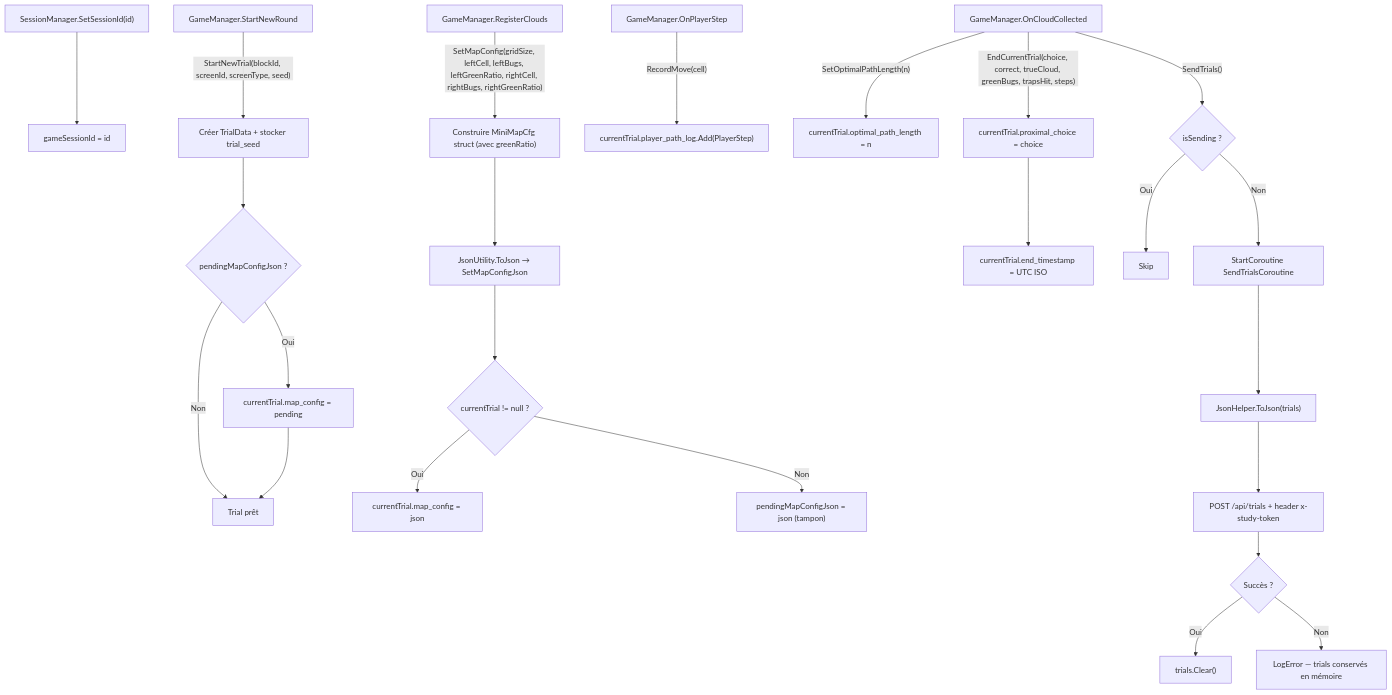
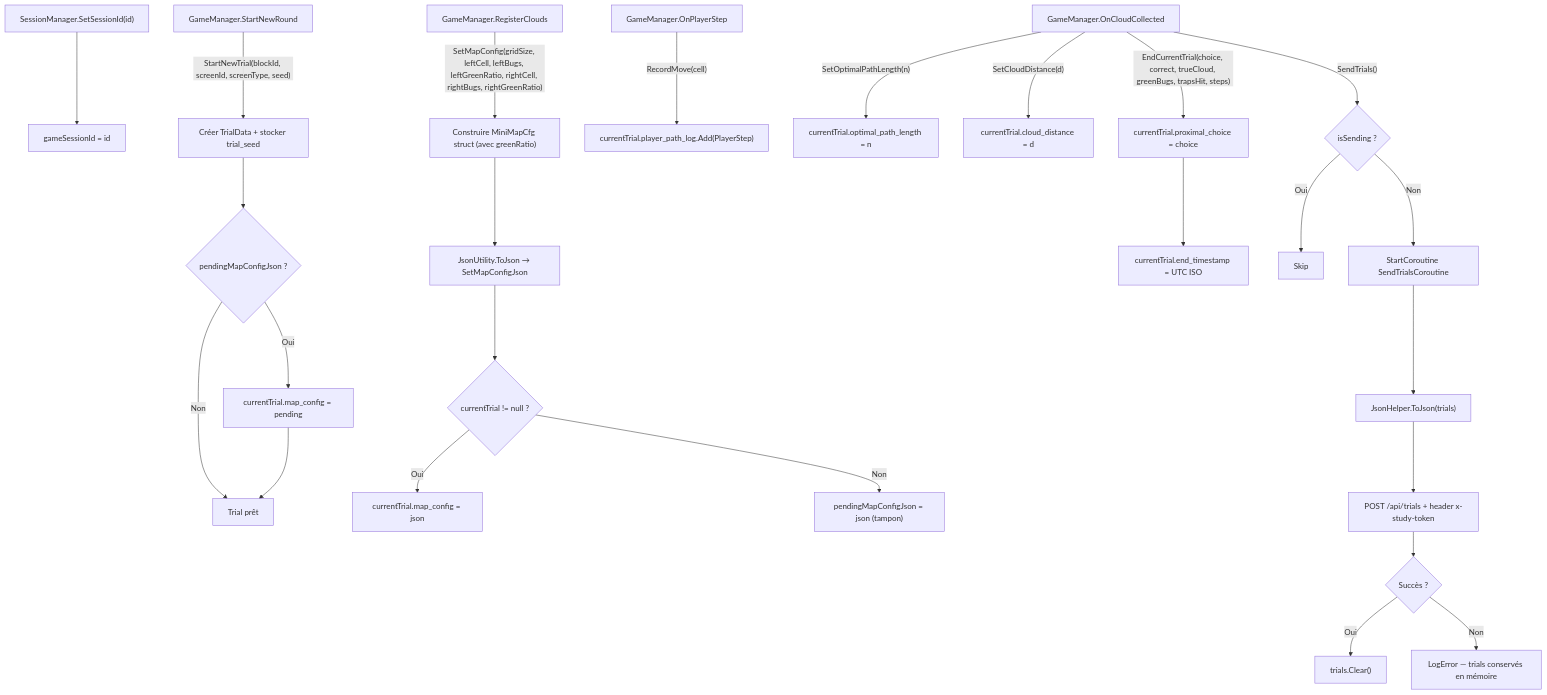
Before and after one commit to PierreChagnon/BUGS: the tenth of 13 diagrams in Docs/TDD.md, drawn with Mermaid. The commit also changed other lines of this file and 7 other files, not shown here.

````diff
--- a/Docs/TDD.md
+++ b/Docs/TDD.md
@@ -1284,31 +1314,32 @@
 ```mermaid
 graph TD
     A["SessionManager.SetSessionId(id)"] --> B["gameSessionId = id"]
 
     C["GameManager.StartNewRound"] -->|"StartNewTrial(blockId, screenId, screenType, seed)"| D["Créer TrialData + stocker trial_seed"]
     D --> E{pendingMapConfigJson ?}
     E -->|Oui| F["currentTrial.map_config = pending"]
     E -->|Non| G[Trial prêt]
     F --> G
 
     H["GameManager.RegisterClouds"] -->|"SetMapConfig(gridSize, leftCell, leftBugs, leftGreenRatio, rightCell, rightBugs, rightGreenRatio)"| H1["Construire MiniMapCfg struct (avec greenRatio)"]
     H1 --> H2["JsonUtility.ToJson → SetMapConfigJson"]
     H2 --> I{currentTrial != null ?}
     I -->|Oui| J["currentTrial.map_config = json"]
     I -->|Non| K["pendingMapConfigJson = json (tampon)"]
 
     L["GameManager.OnPlayerStep"] -->|"RecordMove(cell)"| M["currentTrial.player_path_log.Add(PlayerStep)"]
 
     N["GameManager.OnCloudCollected"] -->|"SetOptimalPathLength(n)"| O["currentTrial.optimal_path_length = n"]
+    N -->|"SetCloudDistance(d)"| O2["currentTrial.cloud_distance = d"]
     N -->|"EndCurrentTrial(choice, correct, trueCloud, greenBugs, trapsHit, steps)"| P["currentTrial.proximal_choice = choice"]
     P --> Q["currentTrial.end_timestamp = UTC ISO"]
 
     N -->|"SendTrials()"| R{isSending ?}
     R -->|Oui| S[Skip]
     R -->|Non| T["StartCoroutine SendTrialsCoroutine"]
     T --> U["JsonHelper.ToJson(trials)"]
     U --> V["POST /api/trials + header x-study-token"]
     V --> W{Succès ?}
     W -->|Oui| X["trials.Clear()"]
     W -->|Non| Y["LogError — trials conservés en mémoire"]
 ```
````
